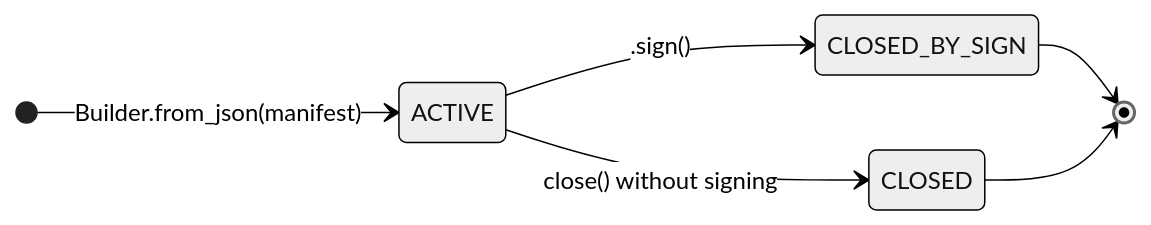
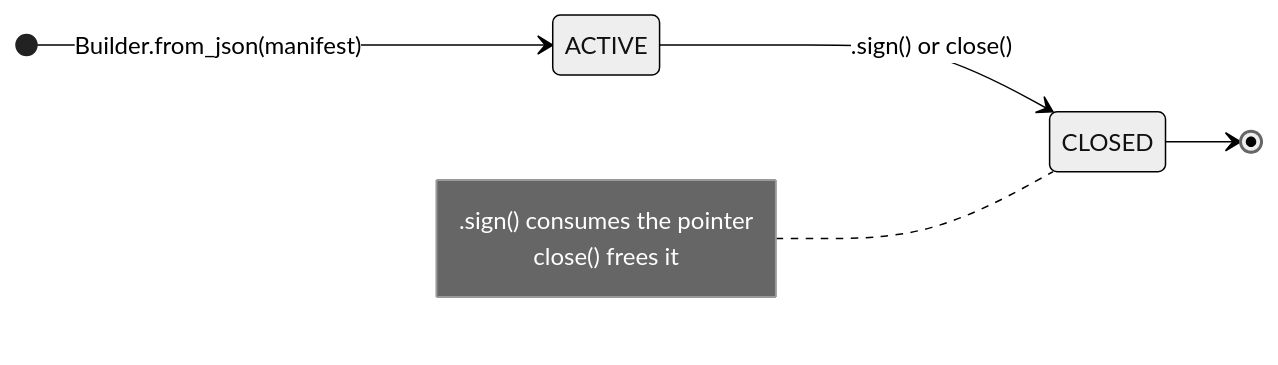
One commit to contentauth/c2pa-python changed the fourth of 5 diagrams in docs/native-resources-management.md. Above: the diagram before and after it, drawn with Mermaid (neutral theme). The commit also changed other lines of this file, not shown here.

````diff
--- a/docs/native-resources-management.md
+++ b/docs/native-resources-management.md
@@ -168,9 +168,12 @@
 ```mermaid
 stateDiagram-v2
     direction LR
     [*] --> ACTIVE : Builder.from_json(manifest)
-    ACTIVE --> CLOSED_BY_SIGN : .sign()
-    ACTIVE --> CLOSED : close() without signing
-    CLOSED_BY_SIGN --> [*]
+    ACTIVE --> CLOSED : .sign() or close()
     CLOSED --> [*]
+
+    note left of CLOSED
+        .sign() consumes the pointer
+        close() frees it
+    end note
 ```
````
